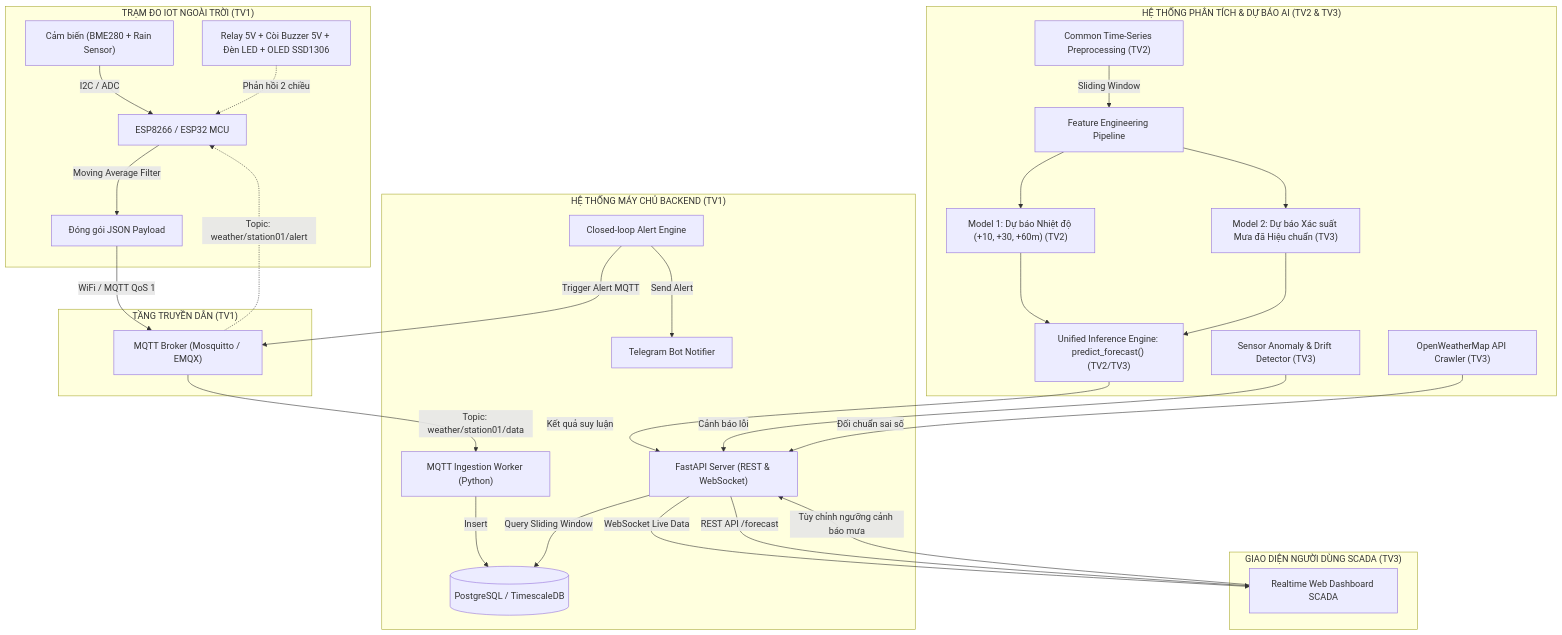
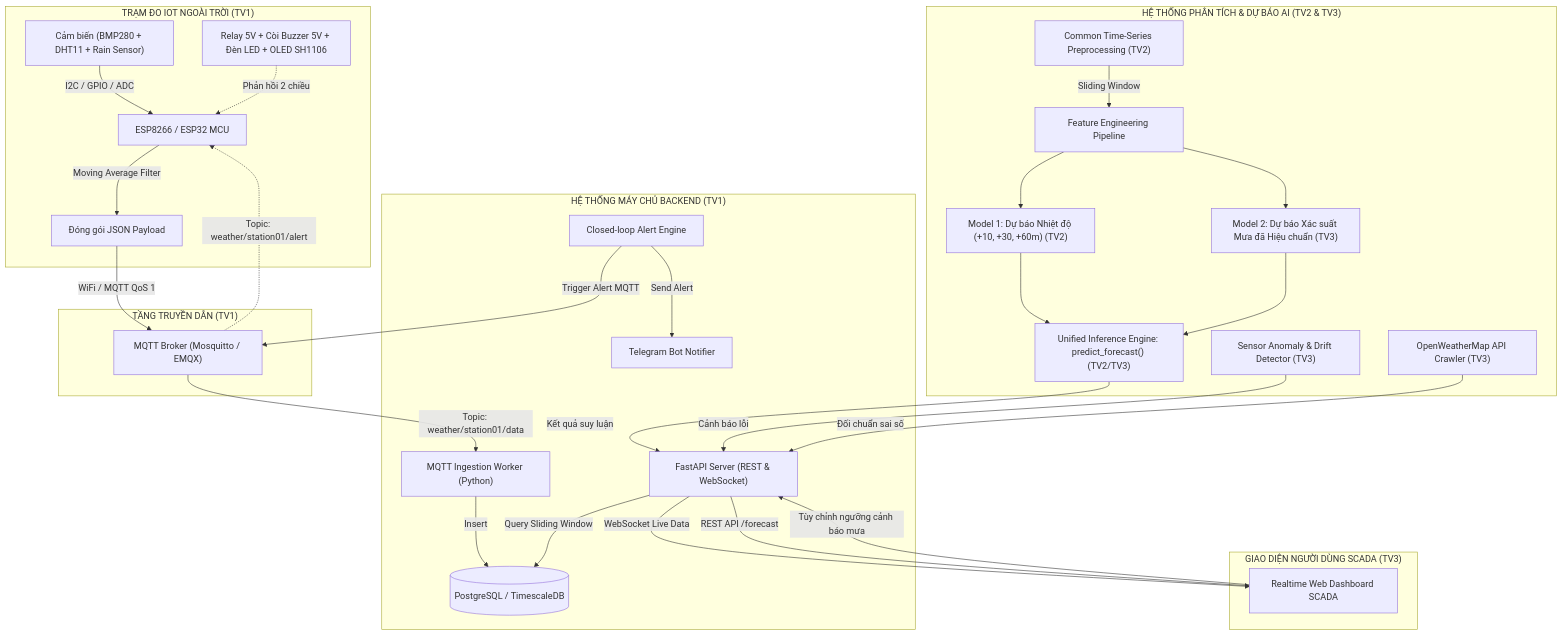
One commit to IoTWeatherForecastingProject/IoT_Weather_Forecasting_Project changed the diagram in README.md. Above: the diagram before and after it, drawn with Mermaid. The commit also changed other lines of this file and 9 other files, not shown here.

Commit message:
feat(tv1): use BMP280 DHT11 and SH1106 display

````diff
--- a/README.md
+++ b/README.md
@@ -32,37 +32,37 @@
 ```mermaid
 flowchart TD
     subgraph IoT_Station["TRẠM ĐO IOT NGOÀI TRỜI (TV1)"]
-        Sensors["Cảm biến (BME280 + Rain Sensor)"] -->|I2C / ADC| MCU["ESP8266 / ESP32 MCU"]
+        Sensors["Cảm biến (BMP280 + DHT11 + Rain Sensor)"] -->|I2C / GPIO / ADC| MCU["ESP8266 / ESP32 MCU"]
         MCU -->|Moving Average Filter| Payload["Đóng gói JSON Payload"]
-        Actuators["Relay 5V + Còi Buzzer 5V + Đèn LED + OLED SSD1306"] -.->|Phản hồi 2 chiều| MCU
+        Actuators["Relay 5V + Còi Buzzer 5V + Đèn LED + OLED SH1106"] -.->|Phản hồi 2 chiều| MCU
     end
 
     subgraph Communication["TẦNG TRUYỀN DẪN (TV1)"]
         Payload -->|WiFi / MQTT QoS 1| Broker["MQTT Broker (Mosquitto / EMQX)"]
         Broker -.->|Topic: weather/station01/alert| MCU
     end
 
     subgraph Backend_Layer["HỆ THỐNG MÁY CHỦ BACKEND (TV1)"]
         Broker -->|Topic: weather/station01/data| Ingestion["MQTT Ingestion Worker (Python)"]
         Ingestion -->|Insert| DB[("PostgreSQL / TimescaleDB")]
         API["FastAPI Server (REST & WebSocket)"] -->|Query Sliding Window| DB
         AlertEngine["Closed-loop Alert Engine"] -->|Trigger Alert MQTT| Broker
         AlertEngine -->|Send Alert| TelegramBot["Telegram Bot Notifier"]
     end
 
     subgraph AI_Subsystem["HỆ THỐNG PHÂN TÍCH & DỰ BÁO AI (TV2 & TV3)"]
         CommonPrep["Common Time-Series Preprocessing (TV2)"] -->|Sliding Window| Features["Feature Engineering Pipeline"]
         Features --> Model1["Model 1: Dự báo Nhiệt độ (+10, +30, +60m) (TV2)"]
         Features --> Model2["Model 2: Dự báo Xác suất Mưa đã Hiệu chuẩn (TV3)"]
         Model1 & Model2 --> UnifiedEngine["Unified Inference Engine: predict_forecast() (TV2/TV3)"]
         UnifiedEngine -->|Kết quả suy luận| API
         AnomalyDetector["Sensor Anomaly & Drift Detector (TV3)"] -->|Cảnh báo lỗi| API
         OpenWeatherCrawler["OpenWeatherMap API Crawler (TV3)"] -->|Đối chuẩn sai số| API
     end
 
     subgraph Presentation["GIAO DIỆN NGƯỜI DÙNG SCADA (TV3)"]
         API -->|WebSocket Live Data| Dashboard["Realtime Web Dashboard SCADA"]
         API -->|REST API /forecast| Dashboard
         Dashboard -->|Tùy chỉnh ngưỡng cảnh báo mưa| API
     end
 ```
````
